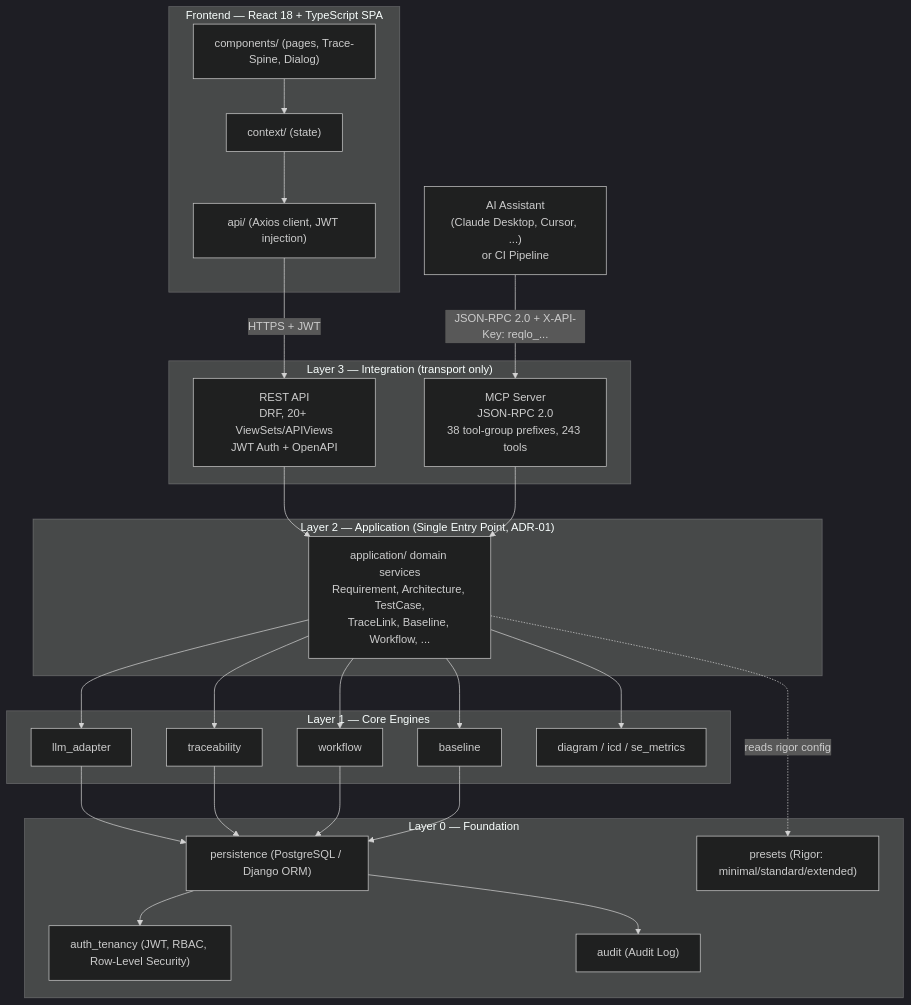
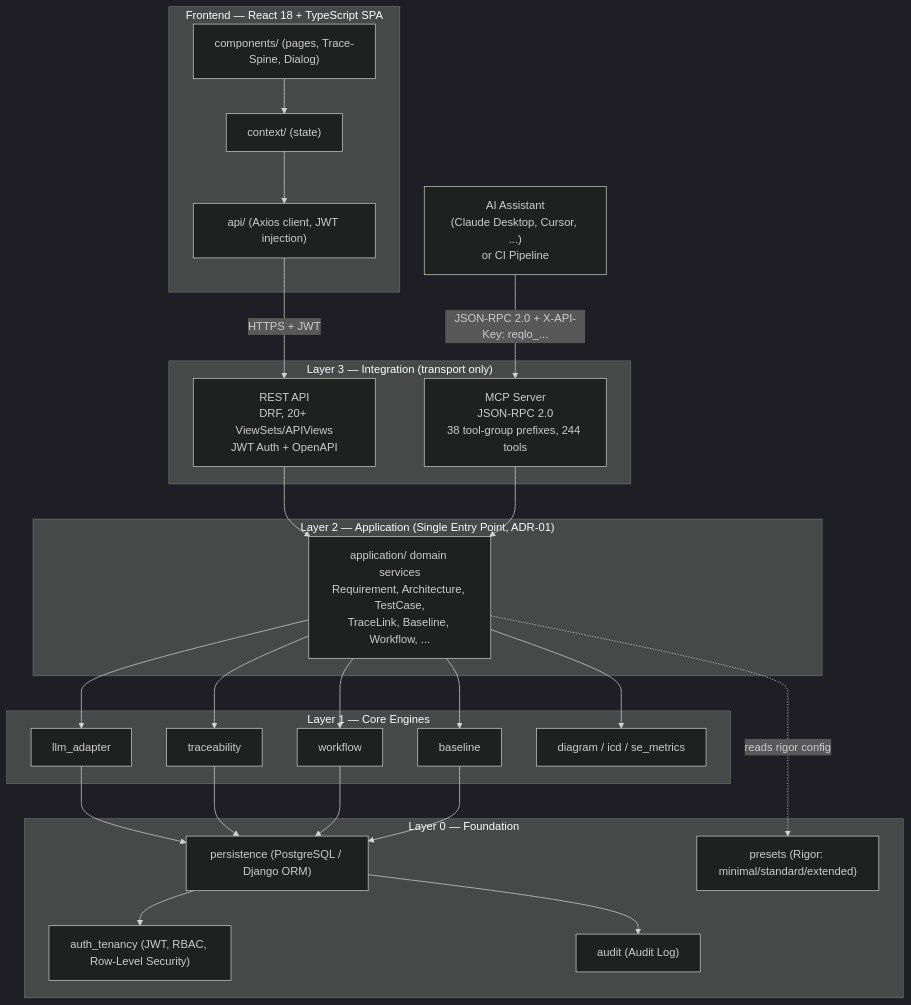
One commit to Popoboxxo/ReqogniLoom changed the first of 3 diagrams in README.md. Above: the diagram before and after it, drawn with Mermaid (dark theme). The commit also changed other lines of this file and 11 other files, not shown here.

Commit message:
chore(meta): sync the documented MCP tool count to 244

````diff
--- a/README.md
+++ b/README.md
@@ -101,53 +101,53 @@
 ```mermaid
 graph TD
     subgraph FE["Frontend — React 18 + TypeScript SPA"]
         UI["components/ (pages, Trace-Spine, Dialog)"]
         CTX["context/ (state)"]
         APICLIENT["api/ (Axios client, JWT injection)"]
         UI --> CTX --> APICLIENT
     end
 
     EXT["AI Assistant<br/>(Claude Desktop, Cursor, ...)<br/>or CI Pipeline"]
 
     subgraph L3["Layer 3 — Integration (transport only)"]
         REST["REST API<br/>DRF, 20+ ViewSets/APIViews<br/>JWT Auth + OpenAPI"]
-        MCP["MCP Server<br/>JSON-RPC 2.0<br/>38 tool-group prefixes, 243 tools"]
+        MCP["MCP Server<br/>JSON-RPC 2.0<br/>38 tool-group prefixes, 244 tools"]
     end
 
     subgraph L2["Layer 2 — Application (Single Entry Point, ADR-01)"]
         APP["application/ domain services<br/>Requirement, Architecture, TestCase,<br/>TraceLink, Baseline, Workflow, ..."]
     end
 
     subgraph L1["Layer 1 — Core Engines"]
         LLM["llm_adapter"]
         TRACE["traceability"]
         WF["workflow"]
         BASE["baseline"]
         DIAG["diagram / icd / se_metrics"]
     end
 
     subgraph L0["Layer 0 — Foundation"]
         PERSIST["persistence (PostgreSQL / Django ORM)"]
         AUTH["auth_tenancy (JWT, RBAC, Row-Level Security)"]
         PRESET["presets (Rigor: minimal/standard/extended)"]
         AUDIT["audit (Audit Log)"]
     end
 
     APICLIENT -->|"HTTPS + JWT"| REST
     EXT -->|"JSON-RPC 2.0 + X-API-Key: reqlo_..."| MCP
 
     REST --> APP
     MCP --> APP
     APP --> LLM
     APP --> TRACE
     APP --> WF
     APP --> BASE
     APP --> DIAG
     APP -.->|"reads rigor config"| PRESET
     LLM --> PERSIST
     TRACE --> PERSIST
     WF --> PERSIST
     BASE --> PERSIST
     PERSIST --> AUTH
     PERSIST --> AUDIT
 ```
````
